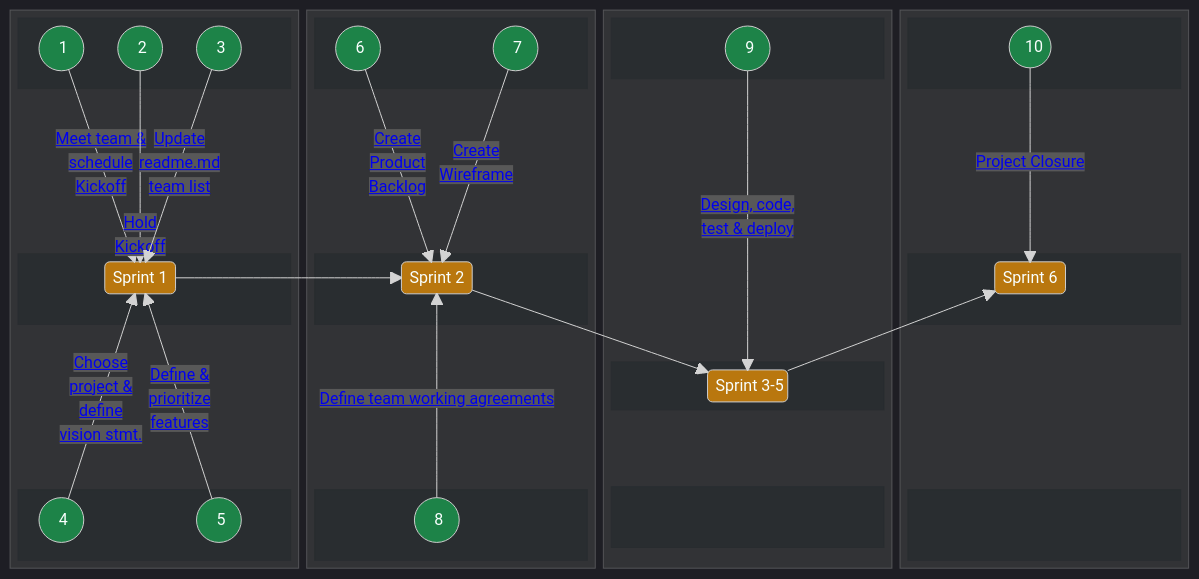
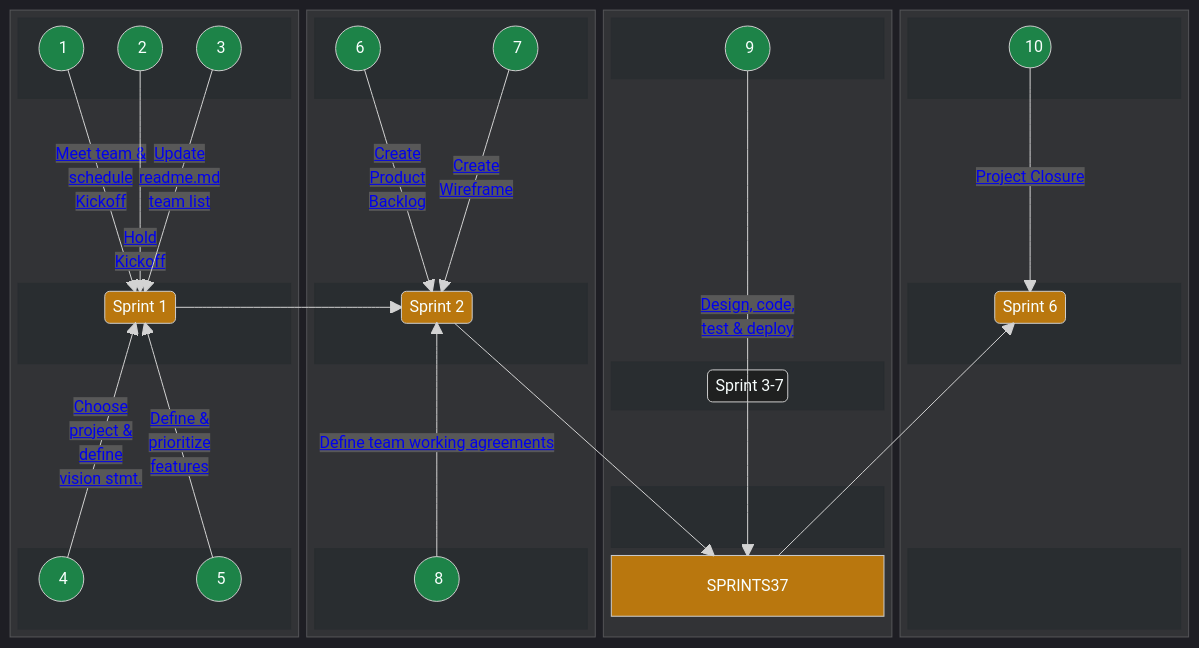
One commit to chingu-voyages/Handbook changed the first of 2 diagrams in docs/guides/voyagexp/voyagexp.md. Above: the diagram before and after it, drawn with Mermaid. The commit also changed other lines of this file, not shown here.

Commit message:
Feature: Update VoyageXP Sprint numbering & references

````diff
--- a/docs/guides/voyagexp/voyagexp.md
+++ b/docs/guides/voyagexp/voyagexp.md
@@ -135,7 +135,7 @@
       block:B3CENTER
         columns 3
         space
-        SPRINTS35("&nbsp;Sprint 3-5 ")
+        SPRINTS35("&nbsp;Sprint 3-7 ")
         space
       end
       space
@@ -145,7 +145,7 @@
         space
         space
       end
-      A9 -- "<a href="https://github.com/chingu-voyages/Handbook/blob/main/docs/guides/voyage/voyage.md#9-sprint-3-5---reaching-your-mvp-">Design, code,</br>test & deploy</a>" --> SPRINTS35
+      A9 -- "<a href="https://github.com/chingu-voyages/Handbook/blob/main/docs/guides/voyage/voyage.md#9-sprint-3-7---reaching-your-mvp-">Design, code,</br>test & deploy</a>" --> SPRINTS37
     end
 
     block:B4:1
@@ -161,7 +161,7 @@
       block:B4CENTER
         columns 3
         space
-        SPRINT6("&nbsp;Sprint 6&nbsp;")
+        SPRINT8("&nbsp;Sprint 6&nbsp;")
         space
       end
       space
@@ -172,12 +172,12 @@
         space
         space
       end
-      A10 -- "<a href="https://github.com/chingu-voyages/Handbook/blob/main/docs/guides/voyage/voyage.md#9-sprint-3-5---reaching-your-mvp-">Project Closure</a>" --> SPRINT6
+      A10 -- "<a href="https://github.com/chingu-voyages/Handbook/blob/main/docs/guides/voyage/voyage.md#9-sprint-3-7---reaching-your-mvp-">Project Closure</a>" --> SPRINT8
     end
 
     SPRINT1 --> SPRINT2
-    SPRINT2 --> SPRINTS35
-    SPRINTS35 --> SPRINT6
+    SPRINT2 --> SPRINTS37
+    SPRINTS37 --> SPRINT8
 
     style B1TOP stroke:#292d30,fill:#292d30
     style B1CENTER stroke:#292d30,fill:#292d30
@@ -204,6 +204,6 @@
     style A10 color:#f0f6fc,fill:#1d8348
     style SPRINT1 color:#f0f6fc,fill:#b9770e
     style SPRINT2 color:#f0f6fc,fill:#b9770e
-    style SPRINTS35 color:#f0f6fc,fill:#b9770e
-    style SPRINT6 color:#f0f6fc,fill:#b9770e
+    style SPRINTS37 color:#f0f6fc,fill:#b9770e
+    style SPRINT8 color:#f0f6fc,fill:#b9770e
 ```
````
